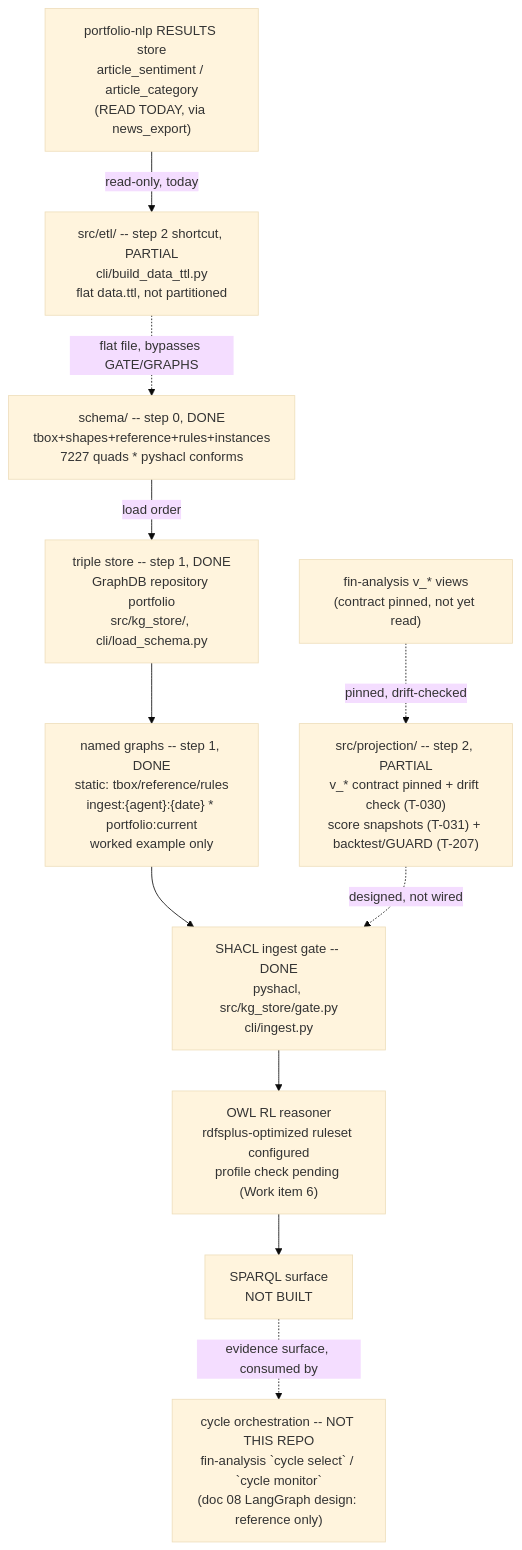
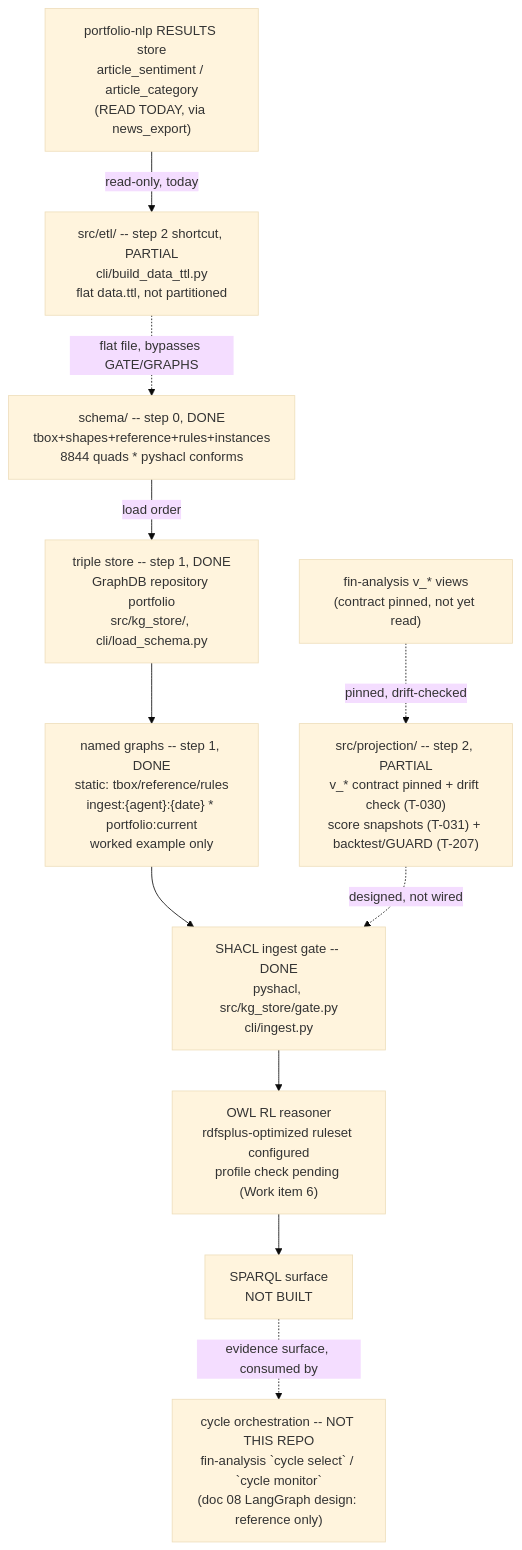
The diagram in .specify/memory/SPEC.md (gamug/portfolio-knowledge-graph), drawn with Mermaid (base theme) before and after one commit. The commit also changed other lines of this file and 10 other files, not shown here.

````diff
--- a/.specify/memory/SPEC.md
+++ b/.specify/memory/SPEC.md
@@ -1027,22 +1031,22 @@
 ```mermaid
 flowchart TB
-    SCHEMA["schema/ -- step 0, DONE<br/>tbox+shapes+reference+rules+instances<br/>7227 quads * pyshacl conforms"]
+    SCHEMA["schema/ -- step 0, DONE<br/>tbox+shapes+reference+rules+instances<br/>8844 quads * pyshacl conforms"]
     STORE["triple store -- step 1, DONE<br/>GraphDB repository portfolio<br/>src/kg_store/, cli/load_schema.py"]
     GRAPHS["named graphs -- step 1, DONE<br/>static: tbox/reference/rules<br/>ingest:{agent}:{date} * portfolio:current<br/>worked example only"]
     GATE["SHACL ingest gate -- DONE<br/>pyshacl, src/kg_store/gate.py<br/>cli/ingest.py"]
     PROJ["src/projection/ -- step 2, PARTIAL<br/>v_* contract pinned + drift check (T-030)<br/>score snapshots (T-031) + backtest/GUARD (T-207)"]
     FIN["fin-analysis v_* views<br/>(contract pinned, not yet read)"]
     NLPRES["portfolio-nlp RESULTS store<br/>article_sentiment / article_category<br/>(READ TODAY, via news_export)"]
     ETL["src/etl/ -- step 2 shortcut, PARTIAL<br/>cli/build_data_ttl.py<br/>flat data.ttl, not partitioned"]
     REASON["OWL RL reasoner<br/>rdfsplus-optimized ruleset configured<br/>profile check pending (Work item 6)"]
     SPARQL["SPARQL surface<br/>NOT BUILT"]
     AGENTS["cycle orchestration -- NOT THIS REPO<br/>fin-analysis `cycle select` / `cycle monitor`<br/>(doc 08 LangGraph design: reference only)"]
 
     SCHEMA -->|load order| STORE --> GRAPHS --> GATE
     FIN -.->|pinned, drift-checked| PROJ
     PROJ -.->|designed, not wired| GATE
     NLPRES -->|read-only, today| ETL
     ETL -.->|flat file, bypasses GATE/GRAPHS| SCHEMA
     GATE --> REASON --> SPARQL
     SPARQL -.->|evidence surface, consumed by| AGENTS
 ```
````
